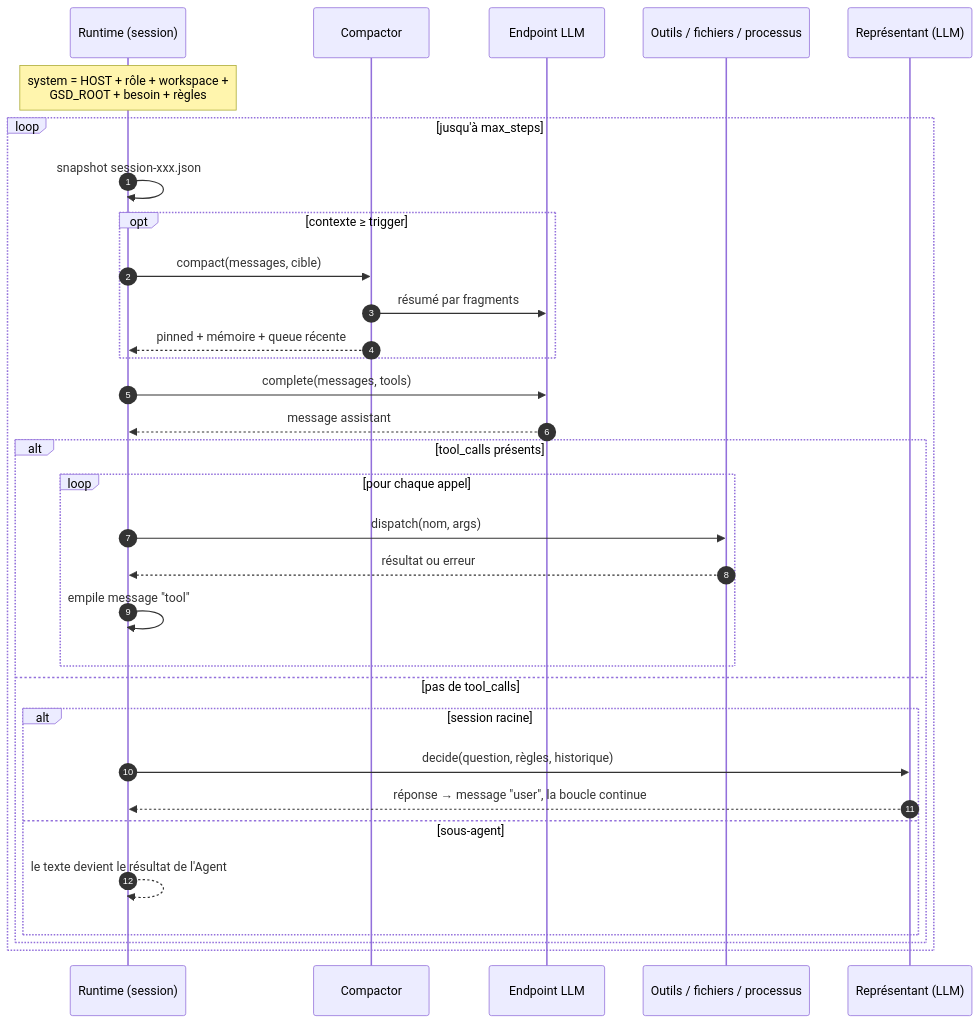
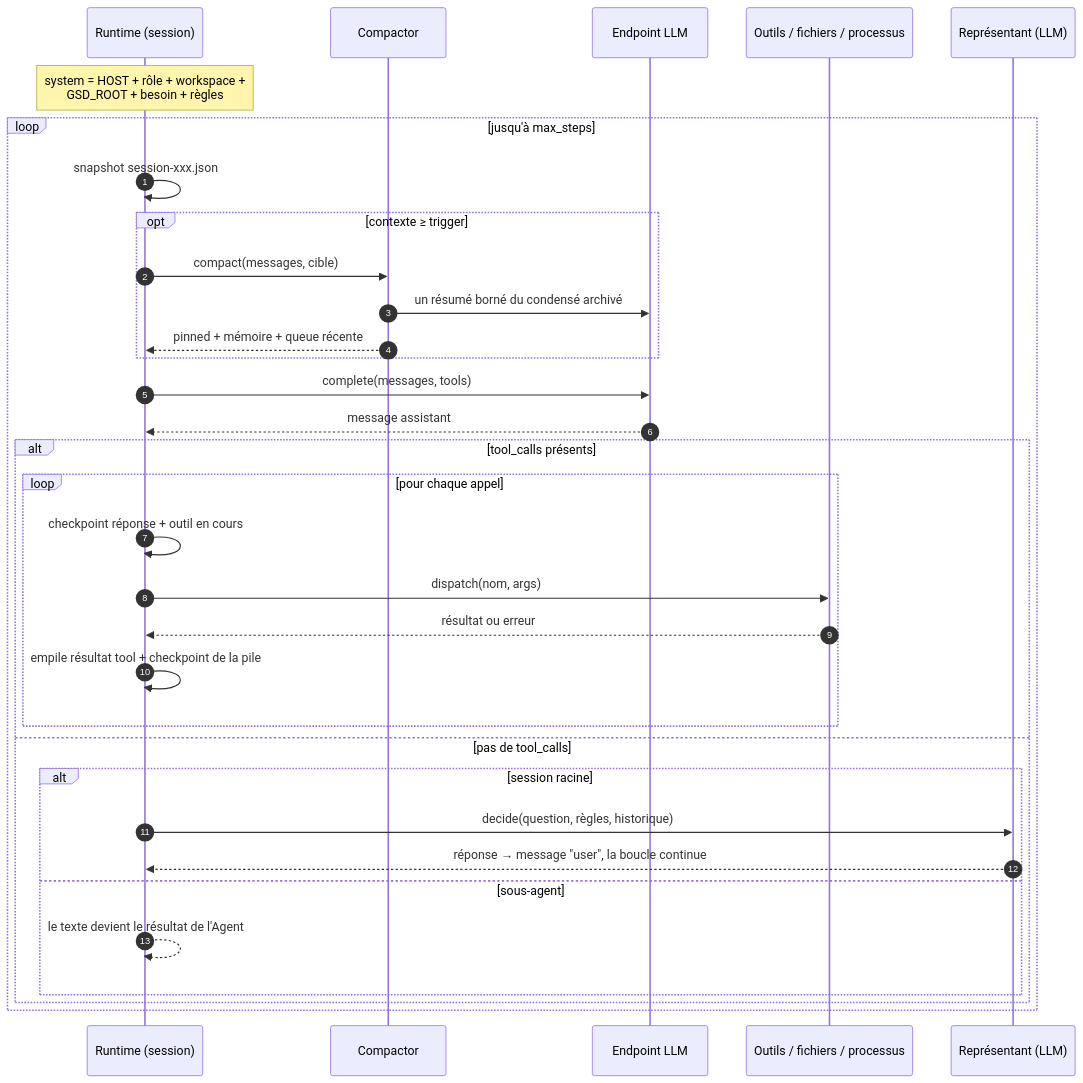
One commit to RedTheFoxx/gsd-core-automated changed the third of 4 diagrams in AUTOMATION-ARCHITECTURE.md. Above: the diagram before and after it, drawn with Mermaid. The commit also changed other lines of this file and 12 other files, not shown here.

````diff
--- a/AUTOMATION-ARCHITECTURE.md
+++ b/AUTOMATION-ARCHITECTURE.md
@@ -131,35 +130,36 @@
 ```mermaid
 sequenceDiagram
     autonumber
     participant RT as Runtime (session)
     participant CX as Compactor
     participant LLM as Endpoint LLM
     participant FS as Outils / fichiers / processus
     participant REP as Représentant (LLM)
 
     Note over RT: system = HOST + rôle + workspace +<br/>GSD_ROOT + besoin + règles
     loop jusqu'à max_steps
         RT->>RT: snapshot session-xxx.json
         opt contexte ≥ trigger
             RT->>CX: compact(messages, cible)
-            CX->>LLM: résumé par fragments
+            CX->>LLM: un résumé borné du condensé archivé
             CX-->>RT: pinned + mémoire + queue récente
         end
         RT->>LLM: complete(messages, tools)
         LLM-->>RT: message assistant
         alt tool_calls présents
             loop pour chaque appel
+                RT->>RT: checkpoint réponse + outil en cours
                 RT->>FS: dispatch(nom, args)
                 FS-->>RT: résultat ou erreur
-                RT->>RT: empile message "tool"
+                RT->>RT: empile résultat tool + checkpoint de la pile
             end
         else pas de tool_calls
             alt session racine
                 RT->>REP: decide(question, règles, historique)
                 REP-->>RT: réponse → message "user", la boucle continue
             else sous-agent
                 RT-->>RT: le texte devient le résultat de l'Agent
             end
         end
     end
 ```
````
